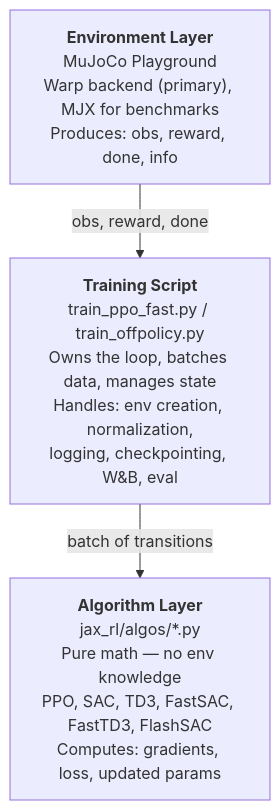
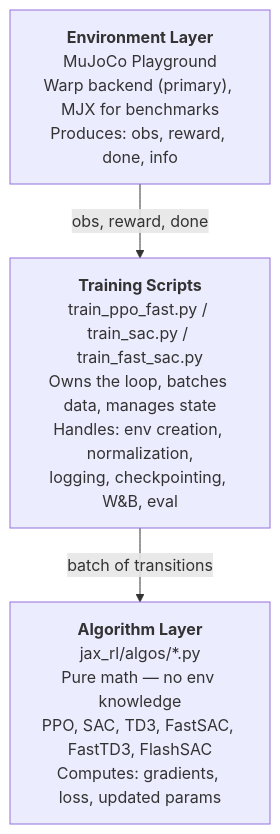
One commit to stevenwman/jax-learning changed the diagram in docs/reference/architecture.md. Above: the diagram before and after it, drawn with Mermaid. The commit also changed 14 other files, not shown here.

First line of the commit message:
docs: replace archived train_offpolicy.py refs with per-algo scripts

````diff
--- a/docs/reference/architecture.md
+++ b/docs/reference/architecture.md
@@ -7,9 +7,9 @@
 ```mermaid
 flowchart TD
     ENV["<b>Environment Layer</b><br/>MuJoCo Playground<br/>Warp backend (primary), MJX for benchmarks<br/>Produces: obs, reward, done, info"]
-    TRAIN["<b>Training Script</b><br/>train_ppo_fast.py / train_offpolicy.py<br/>Owns the loop, batches data, manages state<br/>Handles: env creation, normalization,<br/>logging, checkpointing, W&B, eval"]
+    TRAIN["<b>Training Scripts</b><br/>train_ppo_fast.py / train_sac.py / train_fast_sac.py<br/>Owns the loop, batches data, manages state<br/>Handles: env creation, normalization,<br/>logging, checkpointing, W&B, eval"]
     ALGO["<b>Algorithm Layer</b><br/>jax_rl/algos/*.py<br/>Pure math — no env knowledge<br/>PPO, SAC, TD3, FastSAC, FastTD3, FlashSAC<br/>Computes: gradients, loss, updated params"]
 
     ENV -->|"obs, reward, done"| TRAIN
     TRAIN -->|"batch of transitions"| ALGO
 ```
````
